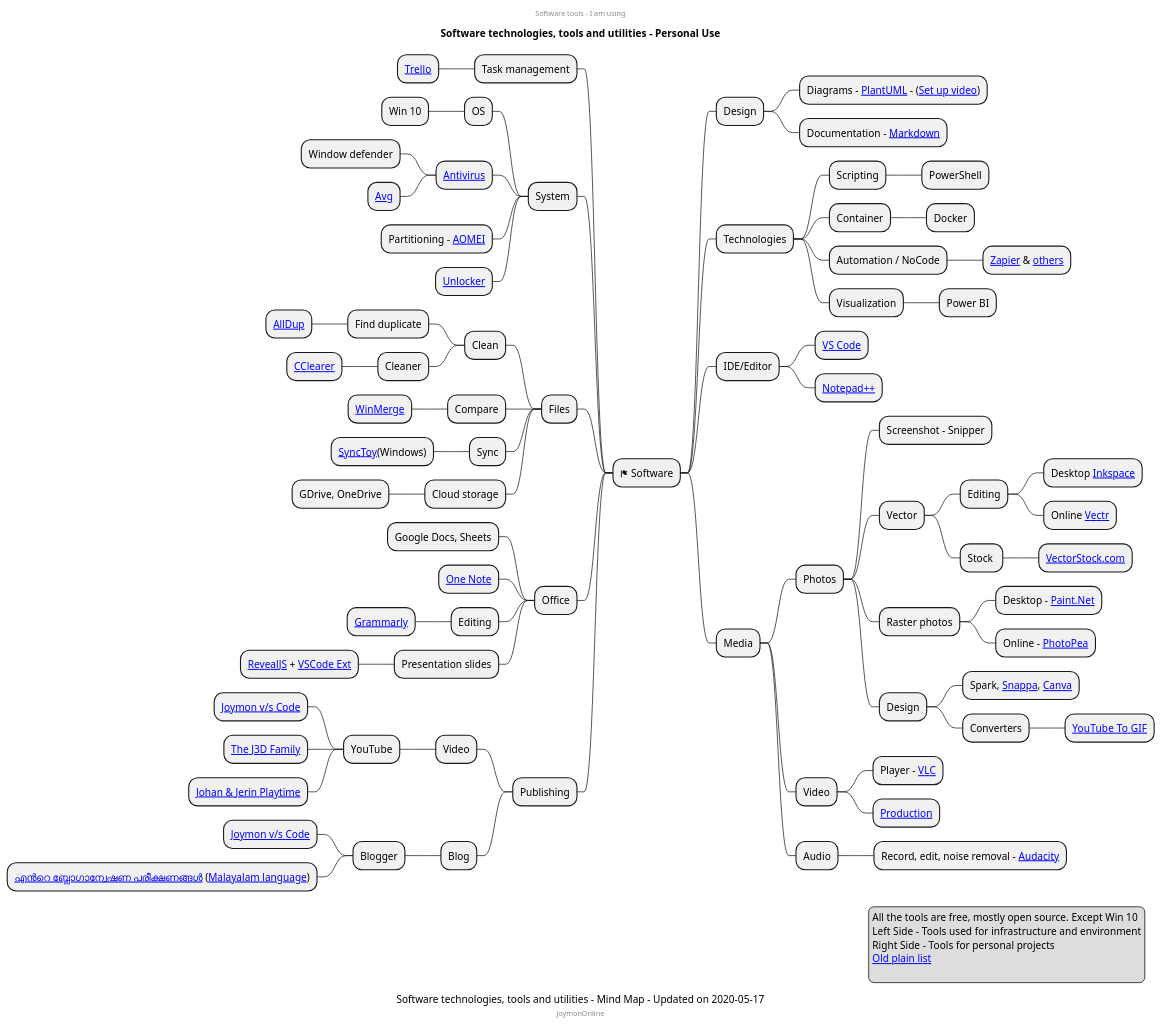
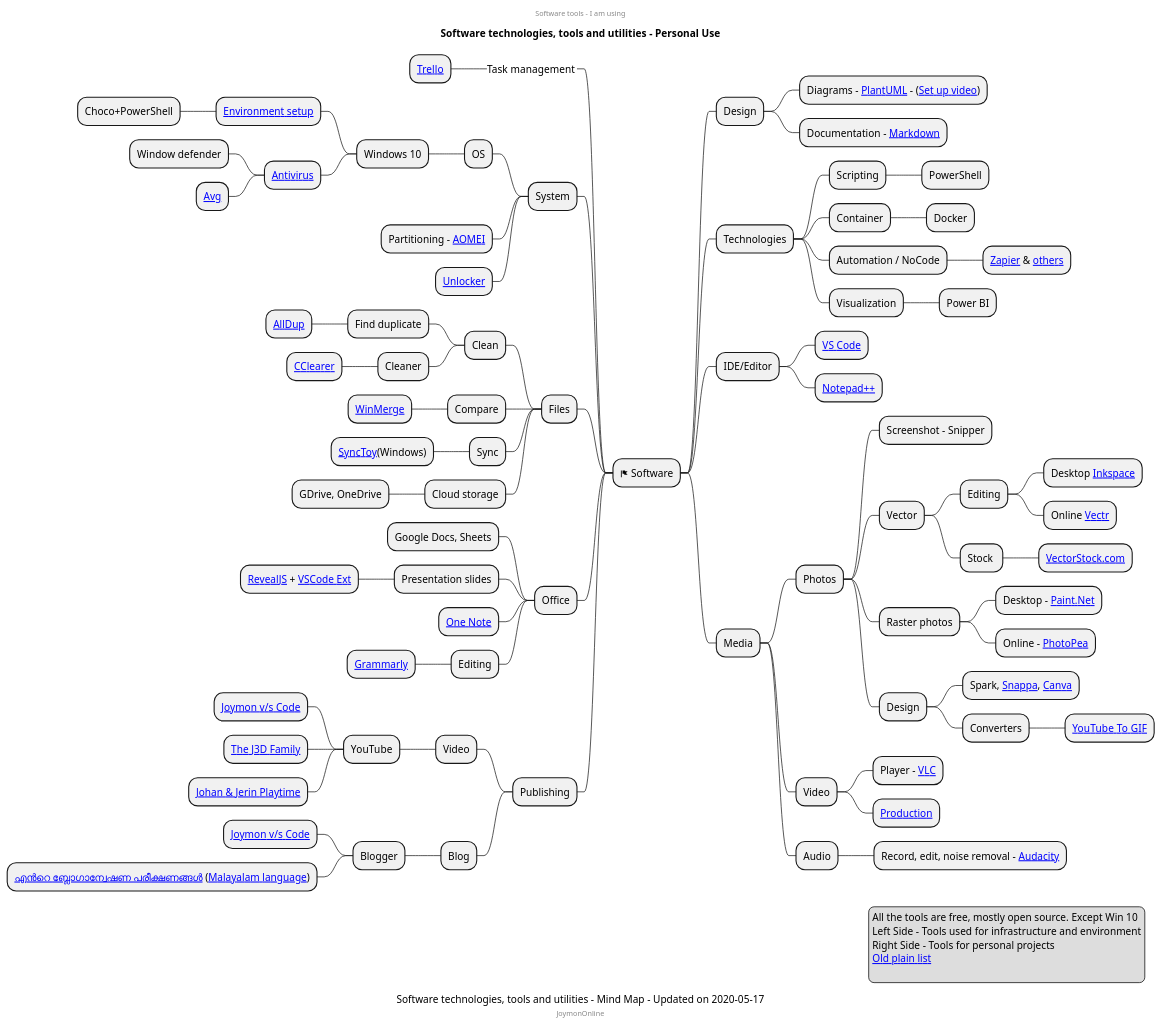
Before and after one commit to mind-maps/software: the diagram in software-tools/personal-tools.puml, drawn with PlantUML.

Commit message:
Added scripted environment setup

```diff
--- a/software-tools/personal-tools.puml
+++ b/software-tools/personal-tools.puml
@@ -1,97 +1,99 @@
 @startmindmap
 center header
 Software tools - I am using
 endheader
 title Software technologies, tools and utilities - Personal Use
 caption Software technologies, tools and utilities - Mind Map - Updated on 2020-05-17
 center footer JoymonOnline
 * <&flag> Software
 ** Design
 *** Diagrams - [[https://en.wikipedia.org/wiki/PlantUML PlantUML]] - ([[https://www.youtube.com/watch?v=Zt3Bj1HMJ8g Set up video]])
 *** Documentation - [[https://en.wikipedia.org/wiki/Markdown Markdown]]
 ** Technologies
 *** Scripting
 **** PowerShell
 *** Container
 **** Docker
 *** Automation / NoCode
 **** [[https://zapier.com/home Zapier]] & [[https://gist.github.com/joymon/89aeb18bef588895426b46a54e2ba970 others]]
 *** Visualization
 **** Power BI
 ** IDE/Editor
 *** [[https://code.visualstudio.com/ VS Code]]
 *** [[https://notepad-plus-plus.org/ Notepad++]]
 
 ** Media
 *** Photos
 **** Screenshot - Snipper
 **** Vector
 ***** Editing
 ****** Desktop [[https://inkscape.org/ Inkspace]]
 ****** Online [[https://vectr.com/ Vectr]]
 ***** Stock 
 ****** [[https://www.vectorstock.com/ VectorStock.com]]
 **** Raster photos
 ***** Desktop - [[https://www.getpaint.net/ Paint.Net]]
 ***** Online - [[https://www.photopea.com/ PhotoPea]]
 **** Design
 ***** Spark, [[https://snappa.com/ Snappa]], [[https://www.canva.com/ Canva]]
 ***** Converters
 ****** [[https://gifrun.com/ YouTube To GIF]]
 *** Video
 **** Player - [[https://www.videolan.org/vlc/download-windows.html VLC]]
 **** [[https://www.plantuml.com/plantuml/proxy?fmt=svg&cache=no&src=https://raw.githubusercontent.com/mind-maps/technology/master/media/video/publishing.puml Production]]
 *** Audio
 **** Record, edit, noise removal - [[https://www.audacityteam.org/download/ Audacity]]
 
 left side
 
-** Task management
+**_ Task management
 *** [[https://trello.com/ Trello]]
 ** System
 *** OS
-**** Win 10
-*** [[https://www.av-test.org/en/antivirus/home-windows/ Antivirus]]
-**** Window defender
-**** [[https://www.avg.com/ Avg]]
+**** Windows 10
+***** [[https://github.com/joymon/win10-dev-box-setup Environment setup]]
+****** Choco+PowerShell
+***** [[https://www.av-test.org/en/antivirus/home-windows/ Antivirus]]
+****** Window defender
+****** [[https://www.avg.com/ Avg]]
 *** Partitioning - [[https://www.diskpart.com/free-partition-manager.html AOMEI]]
 *** [[http://www.emptyloop.com/unlocker/ Unlocker]]
 ** Files
 *** Clean
 **** Find duplicate
 ***** [[http://www.alldup.info/en_download_alldup.php AllDup]]
 **** Cleaner
 ***** [[https://www.ccleaner.com/ CClearer]]
 *** Compare
 **** [[https://winmerge.org/?lang=en WinMerge]]
 *** Sync
 **** [[https://www.microsoft.com/en-us/download/details.aspx?id=15155 SyncToy]](Windows)
 *** Cloud storage
 **** GDrive, OneDrive
 ** Office
 *** Google Docs, Sheets
+*** Presentation slides
+**** [[https://revealjs.com/ RevealJS]] + [[https://marketplace.visualstudio.com/items?itemName=evilz.vscode-reveal VSCode Ext]]
 *** [[https://www.onenote.com/ One Note]]
 *** Editing
 **** [[https://app.grammarly.com/ Grammarly]]
-*** Presentation slides
-**** [[https://revealjs.com/ RevealJS]] + [[https://marketplace.visualstudio.com/items?itemName=evilz.vscode-reveal VSCode Ext]]
 ** Publishing
 *** Video
 **** YouTube
 ***** [[https://www.youtube.com/channel/UC78wYrq_keVaDV8STReHRxg Joymon v/s Code]]
 ***** [[https://www.youtube.com/channel/UCzYqSifCwLYpmgRxvNo7BzA The J3D Family]]
 ***** [[https://www.youtube.com/channel/UC1D3Fy0L0aoI0OfUEZnWy5A Johan & Jerin Playtime]]
 *** Blog
 **** Blogger
 ***** [[https://joymonscode.blogspot.com/ Joymon v/s Code]]
 ***** [[https://joy-mon.blogspot.com/ എന്‍റെ ബ്ലോഗാന്വേഷണ പരീക്ഷണങ്ങള്‍]] ([[https://en.wikipedia.org/wiki/Malayalam Malayalam language]])
 
 legend right
 All the tools are free, mostly open source. Except Win 10
 Left Side - Tools used for infrastructure and environment
 Right Side - Tools for personal projects
 [[https://joymonscode.blogspot.com/2017/05/toolbox-for-open-source-developers.html Old plain list]]
   
 endlegend
 
 @endmindmap
```
